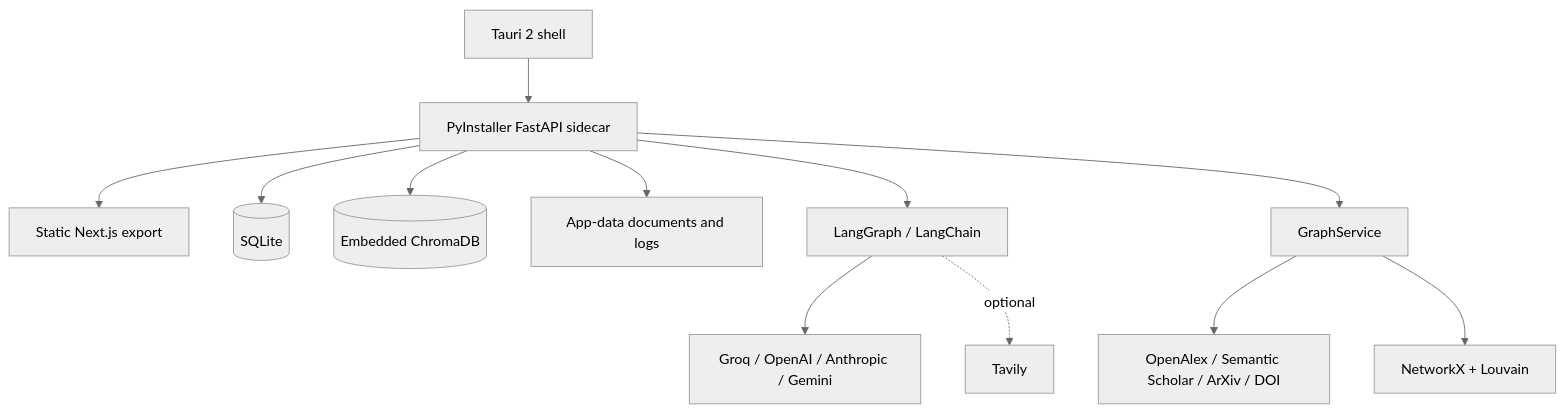
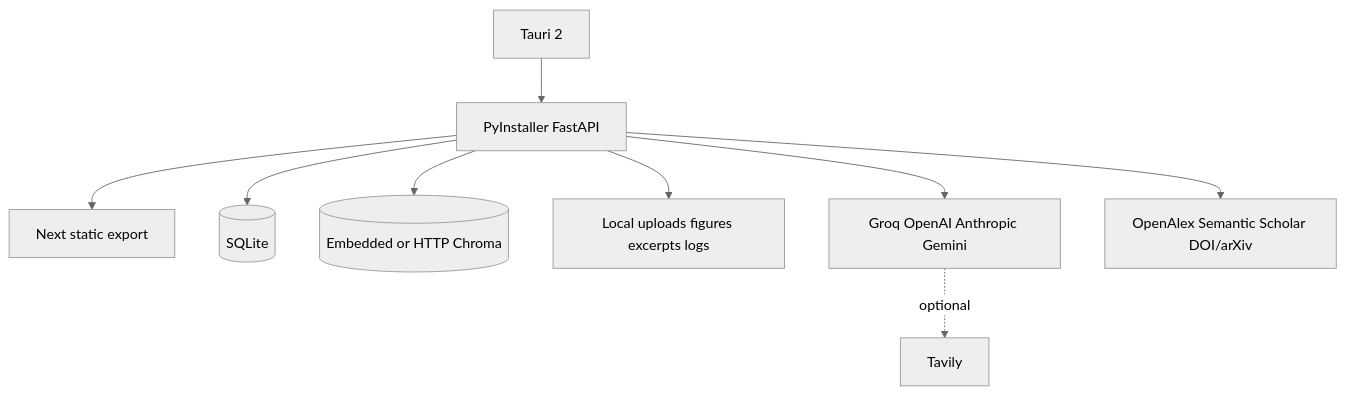
Before and after one commit to Shreyas8905/resector: the diagram in PROJECT.md, drawn with Mermaid (neutral theme). The commit also changed other lines of this file and 2 other files, not shown here.

````diff
--- a/PROJECT.md
+++ b/PROJECT.md
@@ -93,14 +50,11 @@
 ```mermaid
 graph TD
-    Shell[Tauri 2 shell] --> Backend[PyInstaller FastAPI sidecar]
-    Backend --> Frontend[Static Next.js export]
-    Backend --> DB[(SQLite)]
-    Backend --> Vector[(Embedded ChromaDB)]
-    Backend --> Docs[App-data documents and logs]
-    Backend --> Agent[LangGraph / LangChain]
-    Agent --> Providers[Groq / OpenAI / Anthropic / Gemini]
-    Agent -. optional .-> Tavily[Tavily]
-    Backend --> GraphSvc[GraphService]
-    GraphSvc --> Scholarly[OpenAlex / Semantic Scholar / ArXiv / DOI]
-    GraphSvc --> NetworkX[NetworkX + Louvain]
+  Shell[Tauri 2] --> Sidecar[PyInstaller FastAPI]
+  Sidecar --> UI[Next static export]
+  Sidecar --> SQLite[(SQLite)]
+  Sidecar --> Chroma[(Embedded or HTTP Chroma)]
+  Sidecar --> Files[Local uploads figures excerpts logs]
+  Sidecar --> AI[Groq OpenAI Anthropic Gemini]
+  AI -. optional .-> Web[Tavily]
+  Sidecar --> Scholarly[OpenAlex Semantic Scholar DOI/arXiv]
 ```
````
